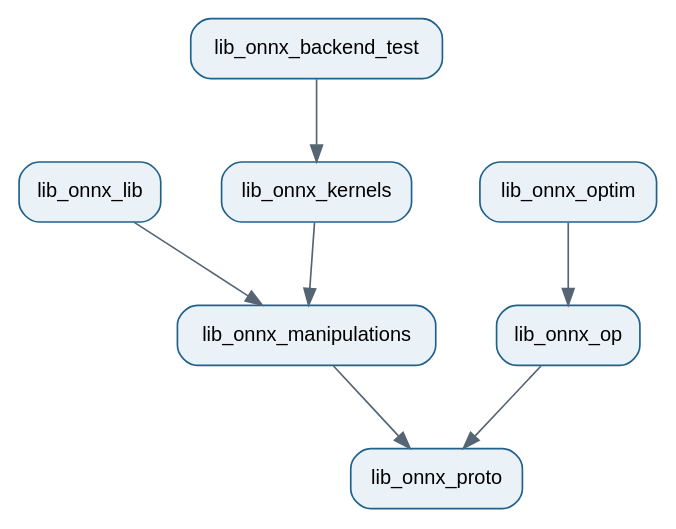
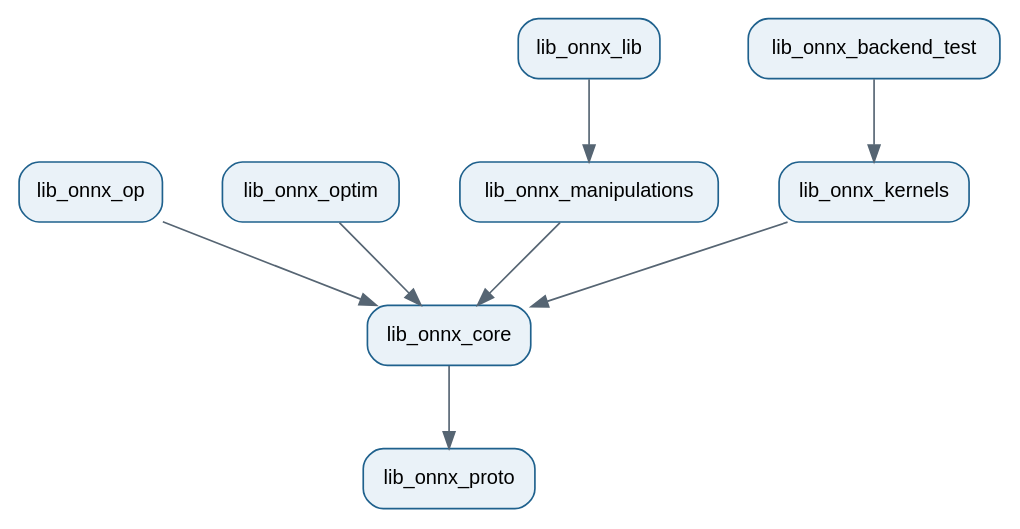
The diagram in docs/design/_static/library_split.dot (xadupre/onnx-light), drawn with Graphviz before and after one commit. The commit also changed 21 other files, not shown here.

First line of the commit message:
feat: add intermediate lib_onnx_core between lib_onnx_proto and higher-level libs (#3575)

```diff
--- a/docs/design/_static/library_split.dot
+++ b/docs/design/_static/library_split.dot
@@ -1,14 +1,15 @@
 digraph library_split {
     rankdir=TB;
     nodesep=0.5;
     ranksep=0.7;
     node [shape=box, style="rounded,filled", fillcolor="#EAF2F8", fontname="Helvetica", fontsize=12, color="#1F618D"];
     edge [fontname="Helvetica", fontsize=10, color="#566573"];
 
-    lib_onnx_op -> lib_onnx_proto;
-    lib_onnx_optim -> lib_onnx_op;
-    lib_onnx_manipulations -> lib_onnx_proto;
+    lib_onnx_core -> lib_onnx_proto;
+    lib_onnx_op -> lib_onnx_core;
+    lib_onnx_optim -> lib_onnx_core;
+    lib_onnx_manipulations -> lib_onnx_core;
+    lib_onnx_kernels -> lib_onnx_core;
     lib_onnx_lib -> lib_onnx_manipulations;
-    lib_onnx_kernels -> lib_onnx_manipulations;
     lib_onnx_backend_test -> lib_onnx_kernels;
 }
```
